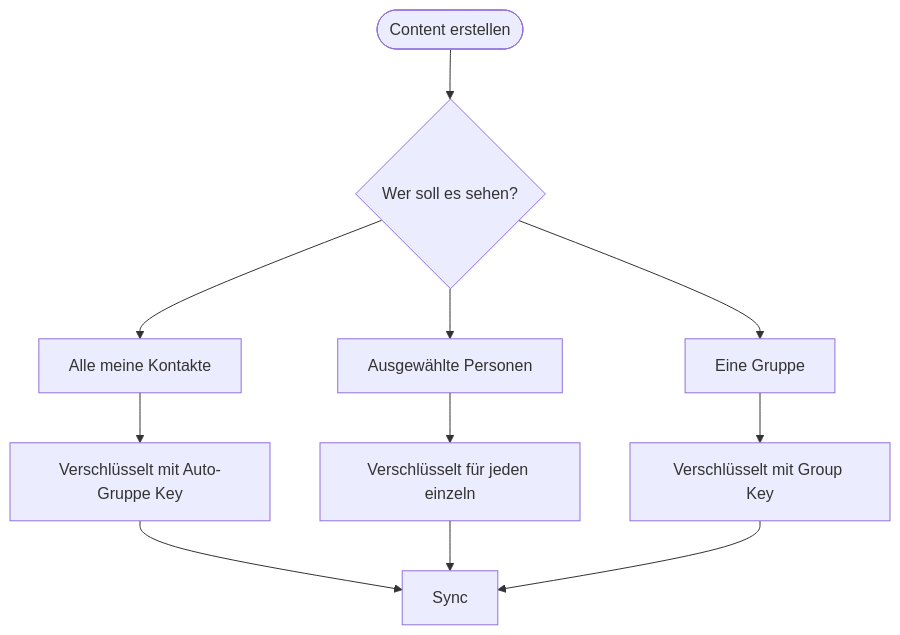
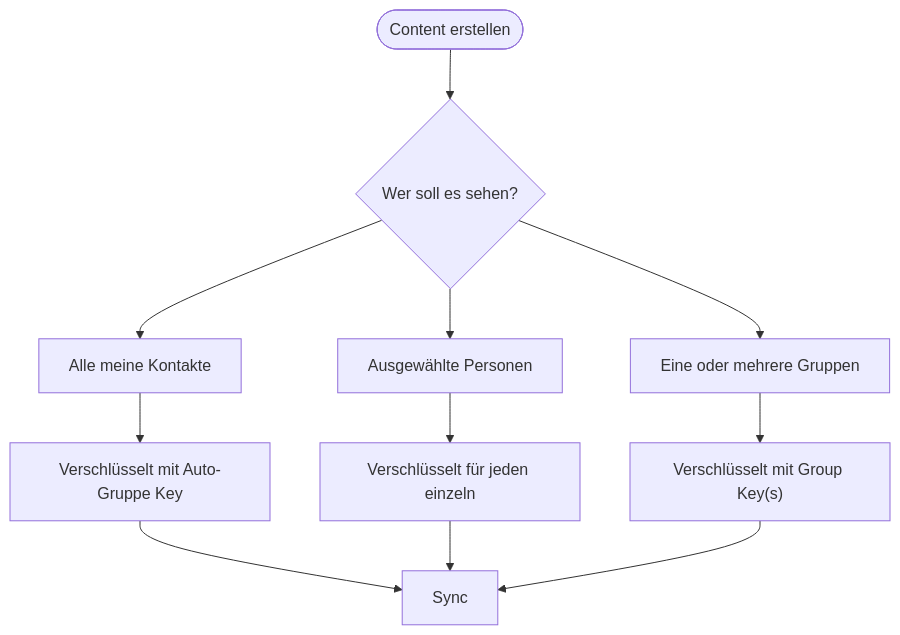
Before and after one commit to antontranelis/web-of-trust: the second of 7 diagrams in flows/04-content-nutzer-flow.md, drawn with Mermaid. The commit also changed other lines of this file and 5 other files, not shown here.

````diff
--- a/flows/04-content-nutzer-flow.md
+++ b/flows/04-content-nutzer-flow.md
@@ -53,16 +53,16 @@
 ```mermaid
 flowchart TD
     Create(["Content erstellen"]) --> Visibility{"Wer soll es sehen?"}
 
     Visibility --> All["Alle meine Kontakte"]
     Visibility --> Selected["Ausgewählte Personen"]
-    Visibility --> Group["Eine Gruppe"]
+    Visibility --> Groups["Eine oder mehrere Gruppen"]
 
     All --> AutoGroup["Verschlüsselt mit Auto-Gruppe Key"]
     Selected --> Individual["Verschlüsselt für jeden einzeln"]
-    Group --> GroupKey["Verschlüsselt mit Group Key"]
+    Groups --> GroupKeys["Verschlüsselt mit Group Key(s)"]
 
     AutoGroup --> Sync["Sync"]
     Individual --> Sync
-    GroupKey --> Sync
+    GroupKeys --> Sync
 ```
````
